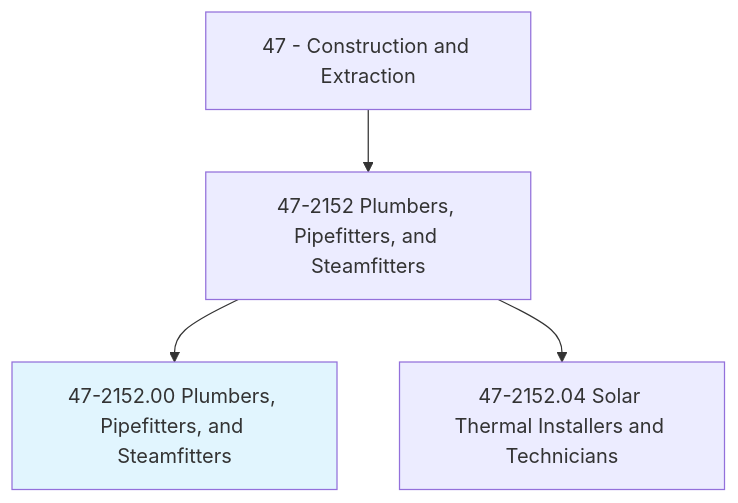
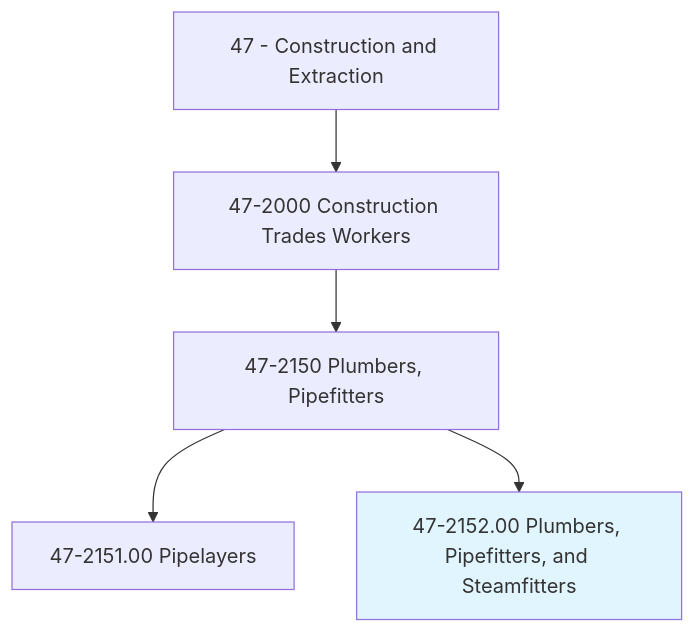
One commit to kziemski/business.org.ai changed the first of 4 diagrams in occupations/Construction/PlumbersPipefittersAndSteamfitters.mdx. Above: the diagram before and after it, drawn with Mermaid. The commit also changed other lines of this file and 938 other files, not shown here.

````diff
--- a/occupations/Construction/PlumbersPipefittersAndSteamfitters.mdx
+++ b/occupations/Construction/PlumbersPipefittersAndSteamfitters.mdx
@@ -19,7 +23,8 @@
 ```mermaid
 graph TD
-    Cat47["47 - Construction and Extraction"] --> Group472152["47-2152 Plumbers, Pipefitters, and Steamfitters"]
-    Group472152 --> Current["47-2152.00 Plumbers, Pipefitters, and Steamfitters"]
+    Cat47["47 - Construction and Extraction"] --> Group472["47-2000 Construction Trades Workers"]
+    Group472 --> Group4721["47-2150 Plumbers, Pipefitters"]
+    Group4721 --> Pipelayer["47-2151.00 Pipelayers"]
+    Group4721 --> Current["47-2152.00 Plumbers, Pipefitters, and Steamfitters"]
     style Current fill:#e1f5fe
-    Group472152 --> V47215204["47-2152.04 Solar Thermal Installers and Technicians"]
 ```
````
